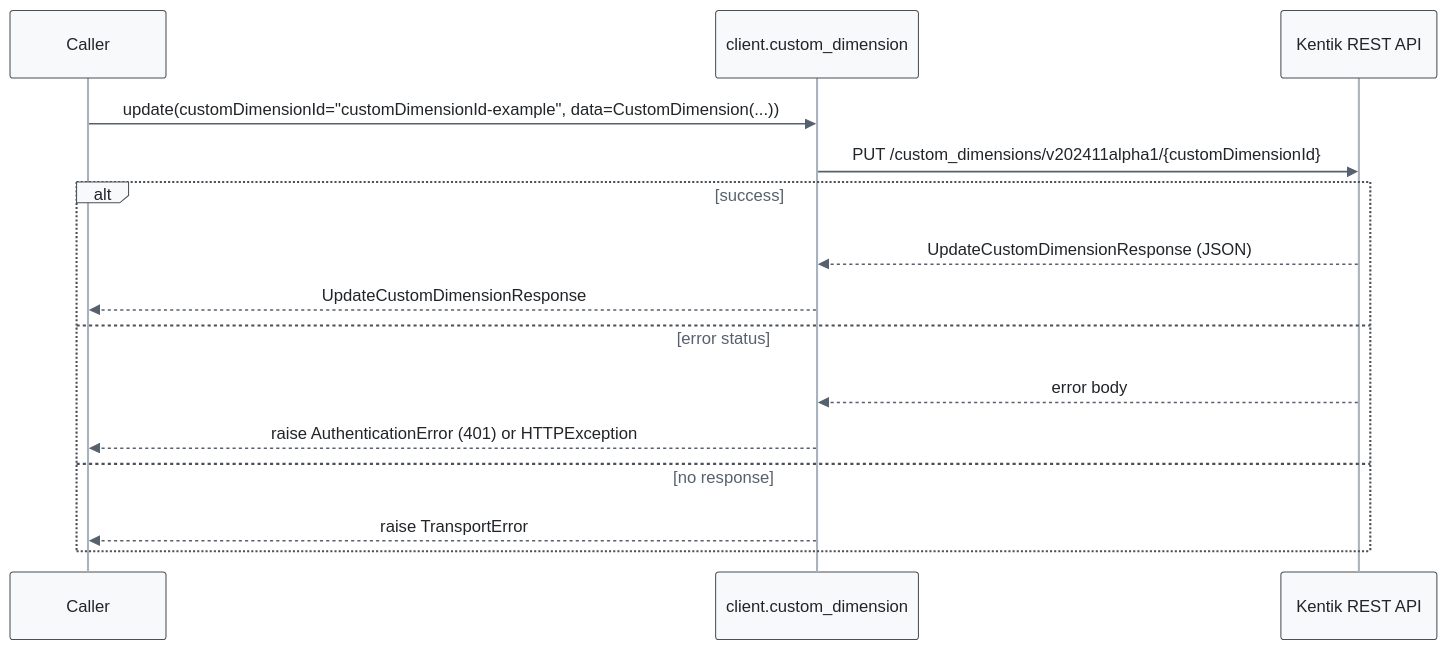
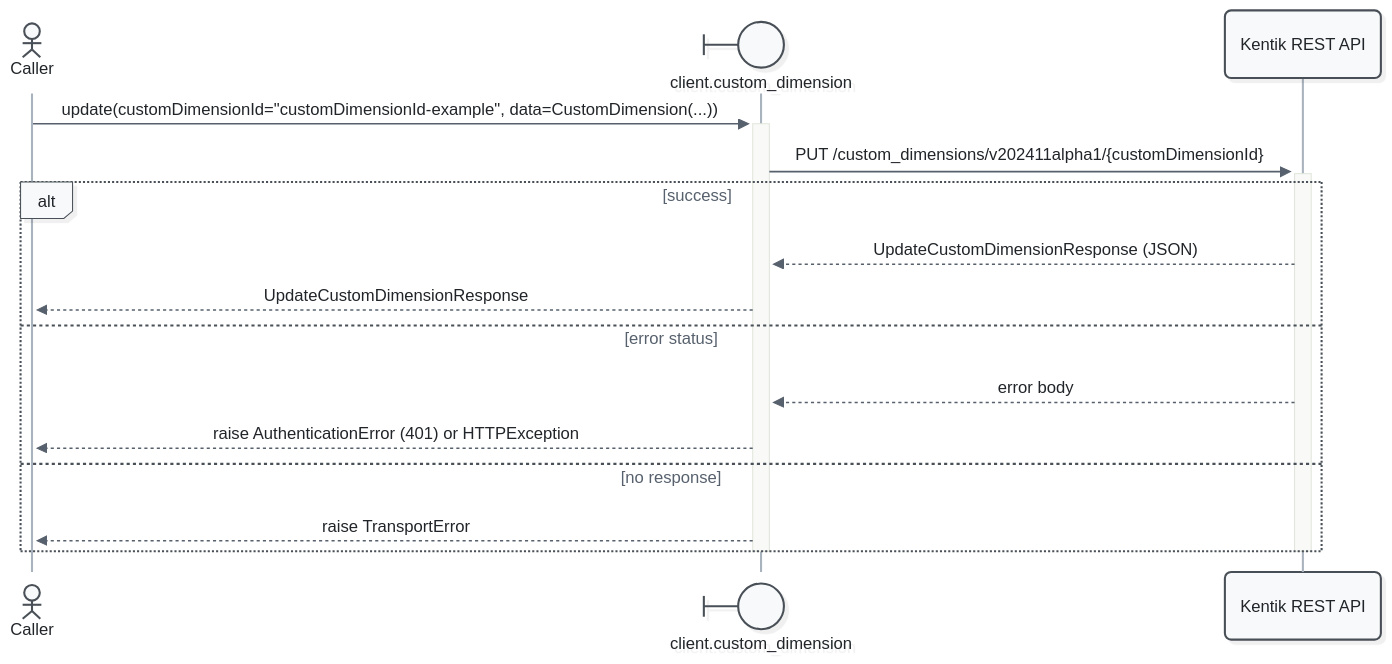
Before and after one commit to alexdearaujo/community_sdk_python: the fifth of 21 diagrams in docs/sphinx/services/custom_dimension.md, drawn with Mermaid. The commit also changed other lines of this file and 52 other files, not shown here.

First line of the commit message:
docs: Mermaid 12 sequence diagrams with participant types and path colors

````diff
--- a/docs/sphinx/services/custom_dimension.md
+++ b/docs/sphinx/services/custom_dimension.md
@@ -181,19 +191,21 @@
 ```mermaid
-%%{init: {"theme": "base", "fontFamily": "ui-monospace, SFMono-Regular, Menlo, monospace", "themeVariables": {"fontFamily": "ui-monospace, SFMono-Regular, Menlo, monospace", "primaryColor": "#f8f9fa", "primaryBorderColor": "#495057", "primaryTextColor": "#212529", "textColor": "#212529", "lineColor": "#77818c", "edgeLabelBackground": "#ffffff", "actorBkg": "#f8f9fa", "actorBorder": "#495057", "actorTextColor": "#212529", "actorLineColor": "#a9b3be", "signalColor": "#57616d", "signalTextColor": "#212529", "labelBoxBkgColor": "#f8f9fa", "labelBoxBorderColor": "#495057", "labelTextColor": "#212529", "loopTextColor": "#57616d", "noteBkgColor": "#fff9db", "noteBorderColor": "#f08c00", "noteTextColor": "#a35a00"}, "flowchart": {"curve": "step", "nodeSpacing": 30, "rankSpacing": 70, "wrappingWidth": 400}}}%%
+%%{init: {"theme": "redux", "look": "neo", "layout": "dagre", "fontFamily": "ui-monospace, SFMono-Regular, Menlo, monospace", "themeVariables": {"fontFamily": "ui-monospace, SFMono-Regular, Menlo, monospace", "primaryColor": "#f8f9fa", "primaryBorderColor": "#495057", "primaryTextColor": "#212529", "textColor": "#212529", "lineColor": "#77818c", "edgeLabelBackground": "#ffffff", "actorBkg": "#f8f9fa", "actorBorder": "#495057", "actorTextColor": "#212529", "actorLineColor": "#a9b3be", "signalColor": "#57616d", "signalTextColor": "#212529", "labelBoxBkgColor": "#f8f9fa", "labelBoxBorderColor": "#495057", "labelTextColor": "#212529", "loopTextColor": "#57616d", "noteBkgColor": "#fff9db", "noteBorderColor": "#f08c00", "noteTextColor": "#a35a00"}, "sequence": {"activationWidth": 16}, "flowchart": {"curve": "step", "nodeSpacing": 30, "rankSpacing": 70, "wrappingWidth": 400}}}%%
 sequenceDiagram
-    participant C as Caller
-    participant W as client.custom_dimension
+    actor C as Caller
+    participant W@{ "type": "boundary" } as client.custom_dimension
     participant API as Kentik REST API
 
-    C->>W: update(customDimensionId="customDimensionId-example", data=CustomDimension(...))
-    W->>API: PUT /custom_dimensions/v202411alpha1/{customDimensionId}
+    C->>+W: update(customDimensionId="customDimensionId-example", data=CustomDimension(...))
+    W->>+API: PUT /custom_dimensions/v202411alpha1/{customDimensionId}
     alt success
         API-->>W: UpdateCustomDimensionResponse (JSON)
         W-->>C: UpdateCustomDimensionResponse
     else error status
         API-->>W: error body
         W-->>C: raise AuthenticationError (401) or HTTPException
     else no response
         W-->>C: raise TransportError
     end
+    deactivate API
+    deactivate W
 ```
````
